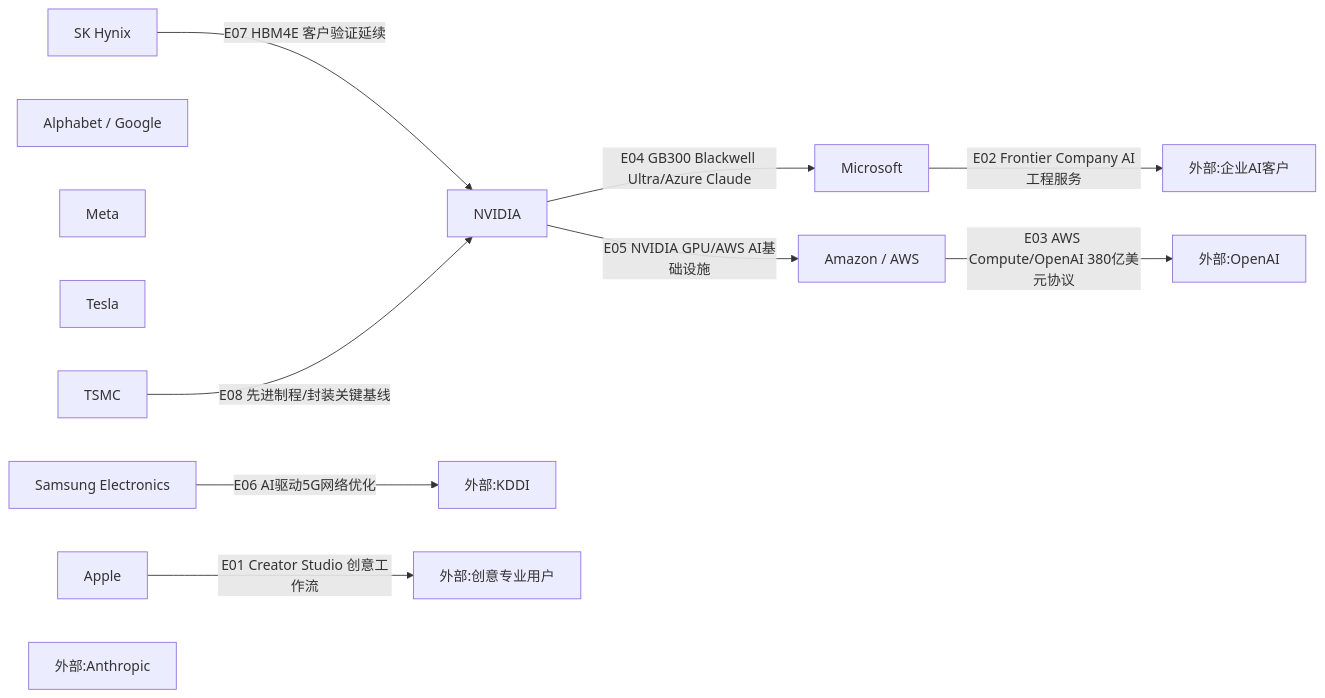
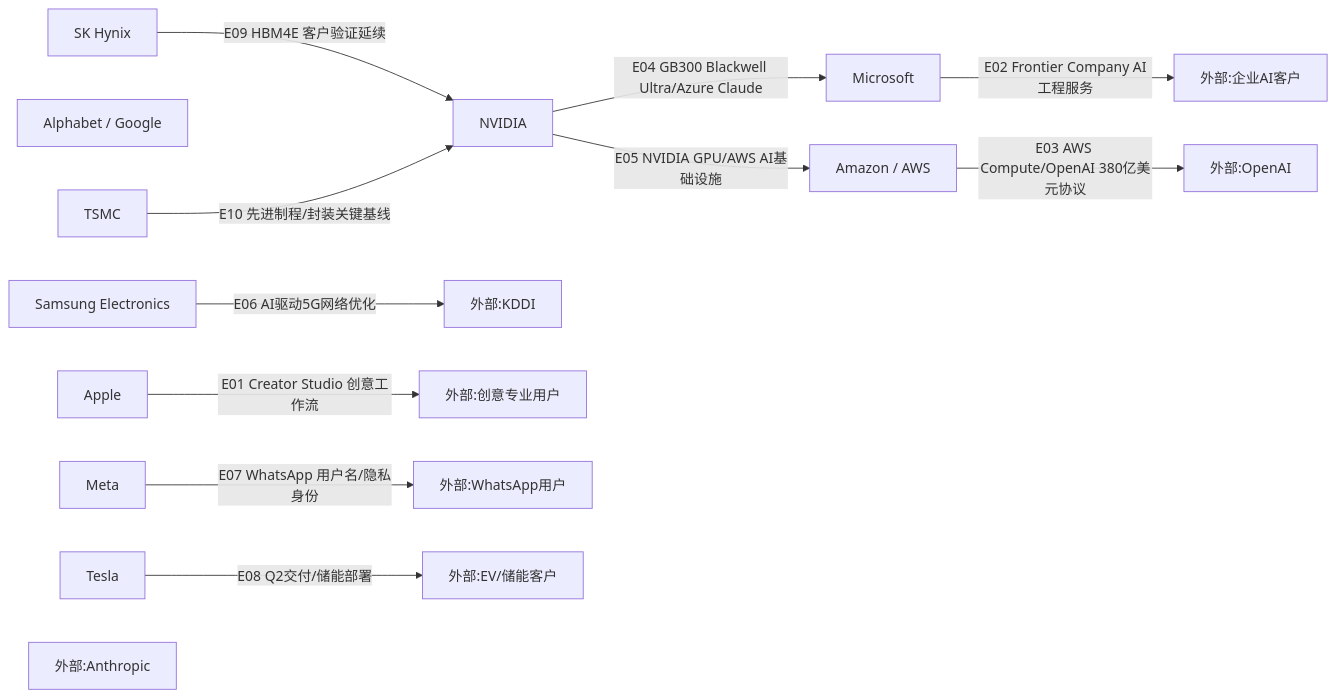
One commit to luka12138/weekly-tech-brief changed the diagram in reports/2026-07-06_weekly_morning_brief.md. Above: the diagram before and after it, drawn with Mermaid. The commit also changed other lines of this file and 7 other files, not shown here.

````diff
--- a/reports/2026-07-06_weekly_morning_brief.md
+++ b/reports/2026-07-06_weekly_morning_brief.md
@@ -128,27 +130,31 @@
 ```mermaid
 flowchart LR
   AAPL["Apple"]
   MSFT["Microsoft"]
   GOOGL["Alphabet / Google"]
   AMZN["Amazon / AWS"]
   META["Meta"]
   NVDA["NVIDIA"]
   TSLA["Tesla"]
   SSNLF["Samsung Electronics"]
   HXSC["SK Hynix"]
   TSMC["TSMC"]
   OPENAI["外部:OpenAI"]
   ANTH["外部:Anthropic"]
   KDDI["外部:KDDI"]
   CREATIVE["外部:创意专业用户"]
   AICUSTOMER["外部:企业AI客户"]
+  WHATSAPP["外部:WhatsApp用户"]
+  ENERGY["外部:EV/储能客户"]
 
   AAPL -->|"E01 Creator Studio 创意工作流"| CREATIVE
   MSFT -->|"E02 Frontier Company AI工程服务"| AICUSTOMER
   AMZN -->|"E03 AWS Compute/OpenAI 380亿美元协议"| OPENAI
   NVDA -->|"E04 GB300 Blackwell Ultra/Azure Claude"| MSFT
   NVDA -->|"E05 NVIDIA GPU/AWS AI基础设施"| AMZN
   SSNLF -->|"E06 AI驱动5G网络优化"| KDDI
-  HXSC -->|"E07 HBM4E 客户验证延续"| NVDA
-  TSMC -->|"E08 先进制程/封装关键基线"| NVDA
+  META -->|"E07 WhatsApp 用户名/隐私身份"| WHATSAPP
+  TSLA -->|"E08 Q2交付/储能部署"| ENERGY
+  HXSC -->|"E09 HBM4E 客户验证延续"| NVDA
+  TSMC -->|"E10 先进制程/封装关键基线"| NVDA
 ```
````
